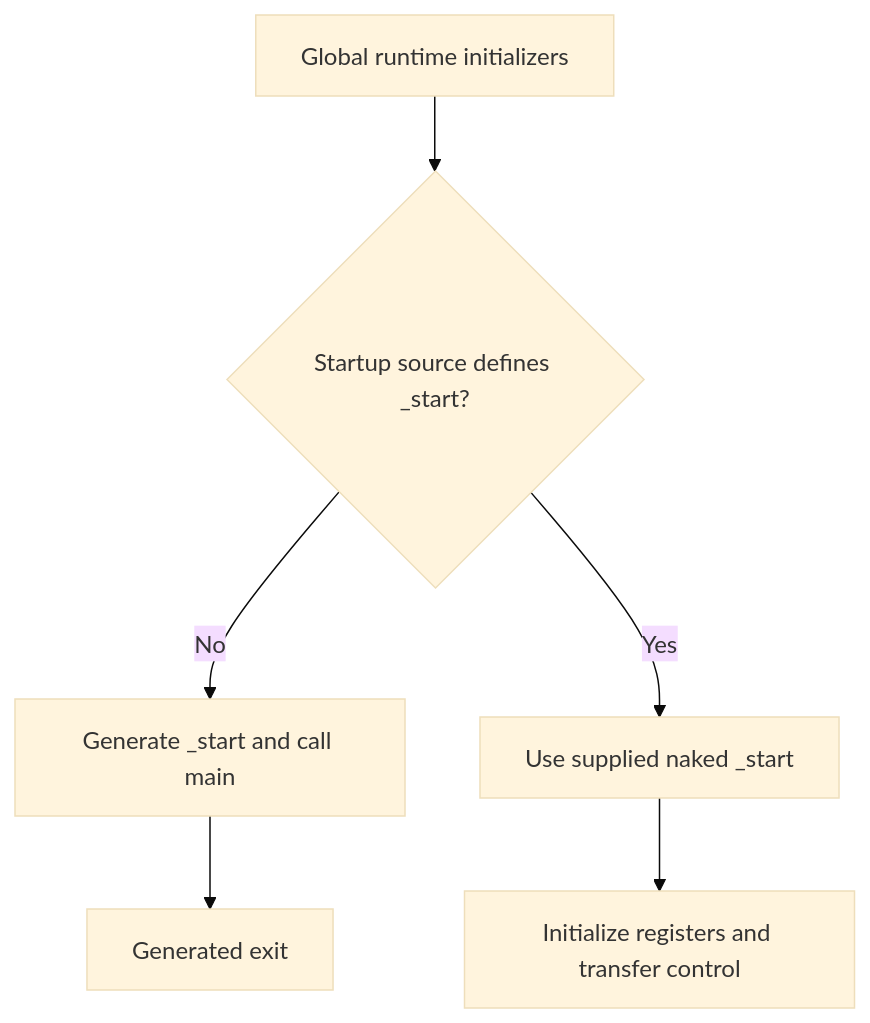
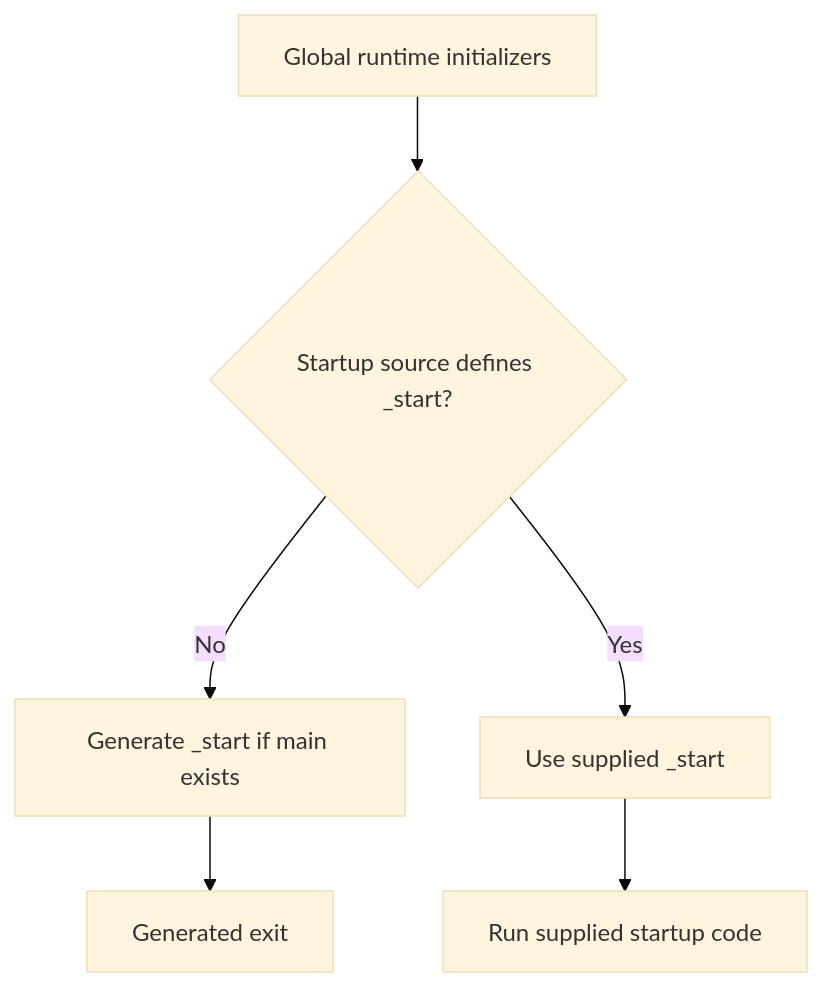
Before and after one commit to matthejue/PicoC-Compiler: the third of 4 diagrams in README.md, drawn with Mermaid (base theme). The commit also changed other lines of this file, not shown here.

````diff
--- a/README.md
+++ b/README.md
@@ -524,8 +534,8 @@
 ```mermaid
 flowchart TD
     globals["Global runtime initializers"] --> selection{"Startup source defines _start?"}
-    selection -->|No| generated["Generate _start and call main"]
-    selection -->|Yes| supplied["Use supplied naked _start"]
+    selection -->|No| generated["Generate _start if main exists"]
+    selection -->|Yes| supplied["Use supplied _start"]
     generated --> normal_exit["Generated exit"]
-    supplied --> os_entry["Initialize registers and transfer control"]
+    supplied --> os_entry["Run supplied startup code"]
 ```
````
